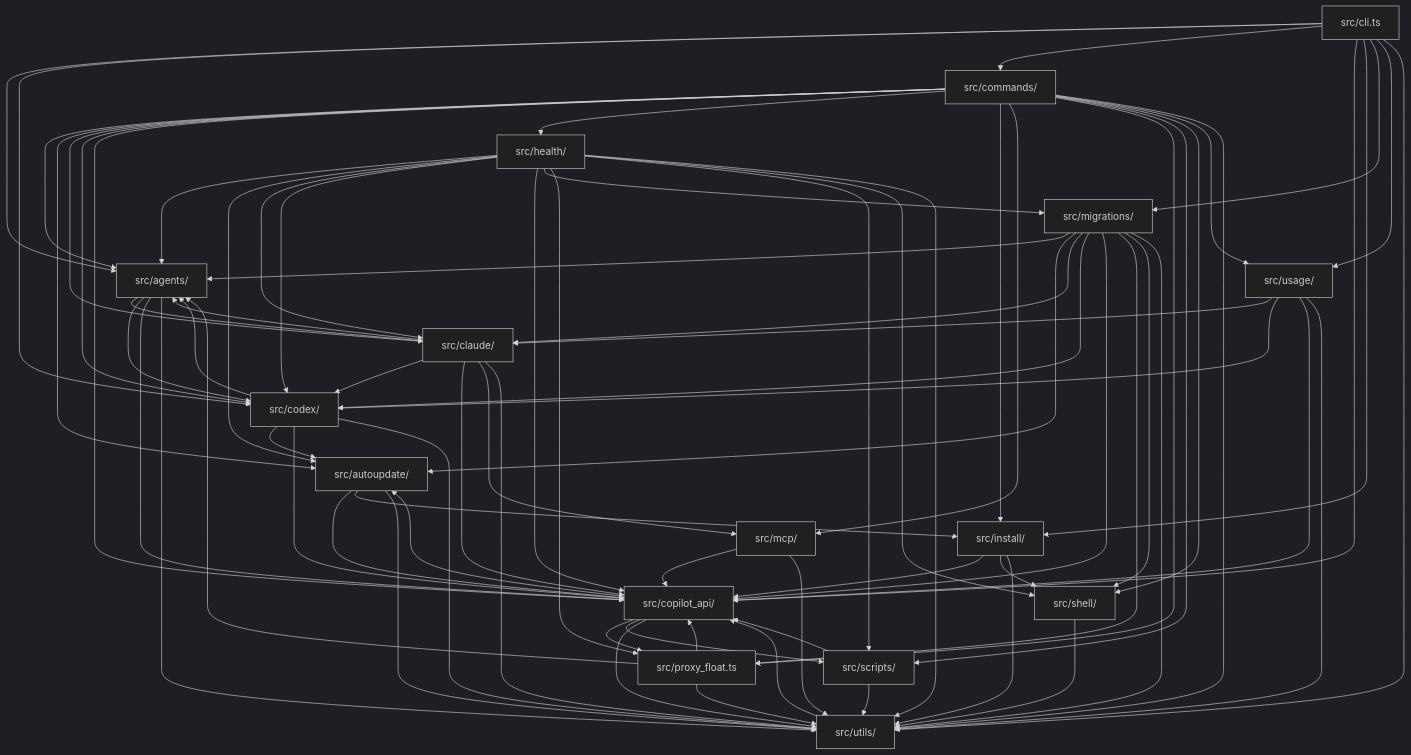
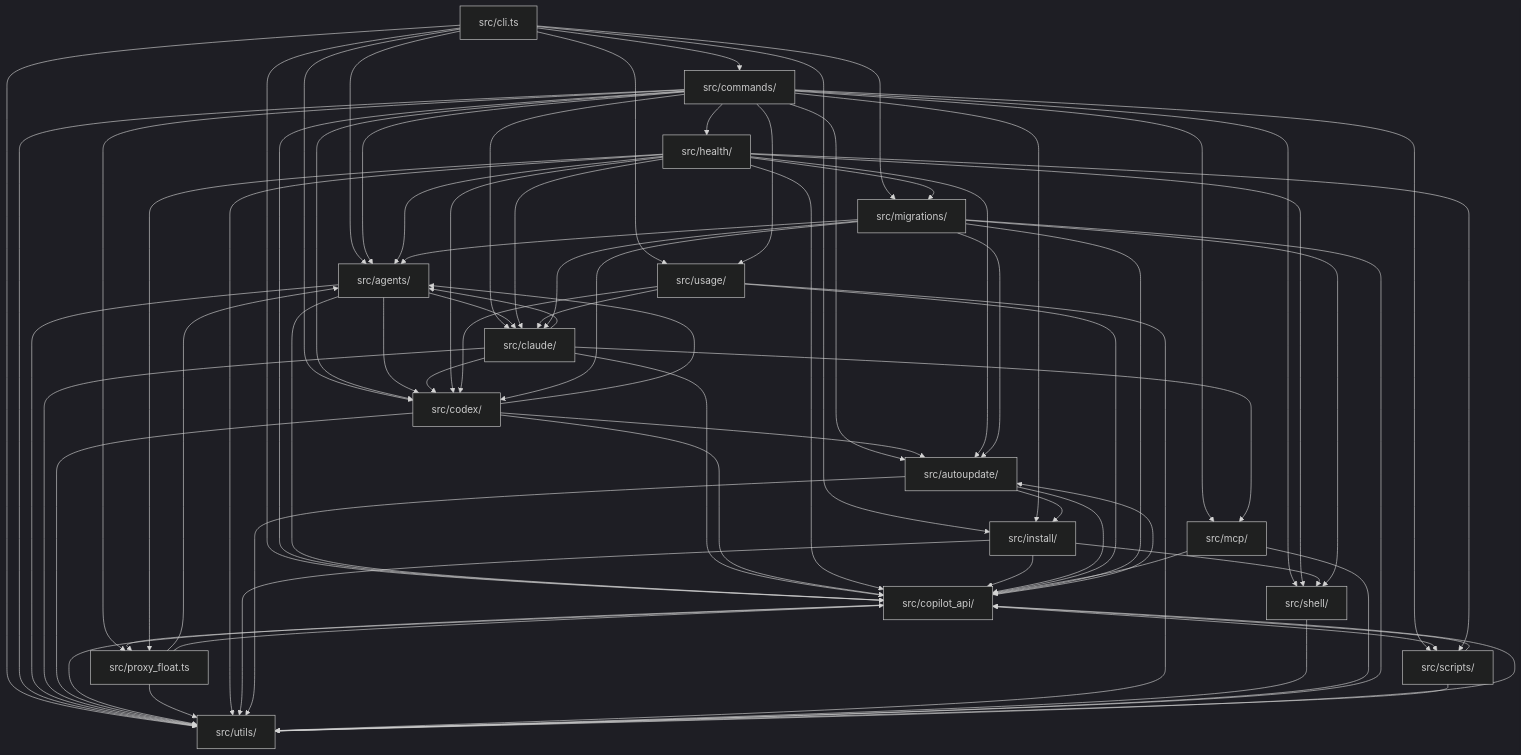
The eighth of 8 diagrams in docs/architecture.md (Vivswan/copilot-env), drawn with Mermaid (dark theme) before and after one commit. The commit also changed other lines of this file and 20 other files, not shown here.

```diff
--- a/docs/architecture.md
+++ b/docs/architecture.md
@@ -382,7 +382,6 @@
   migrations --> claude
   migrations --> codex
   migrations --> copilot_api
-  migrations --> proxy_float
   migrations --> shell
   migrations --> utils
   scripts --> copilot_api
```
